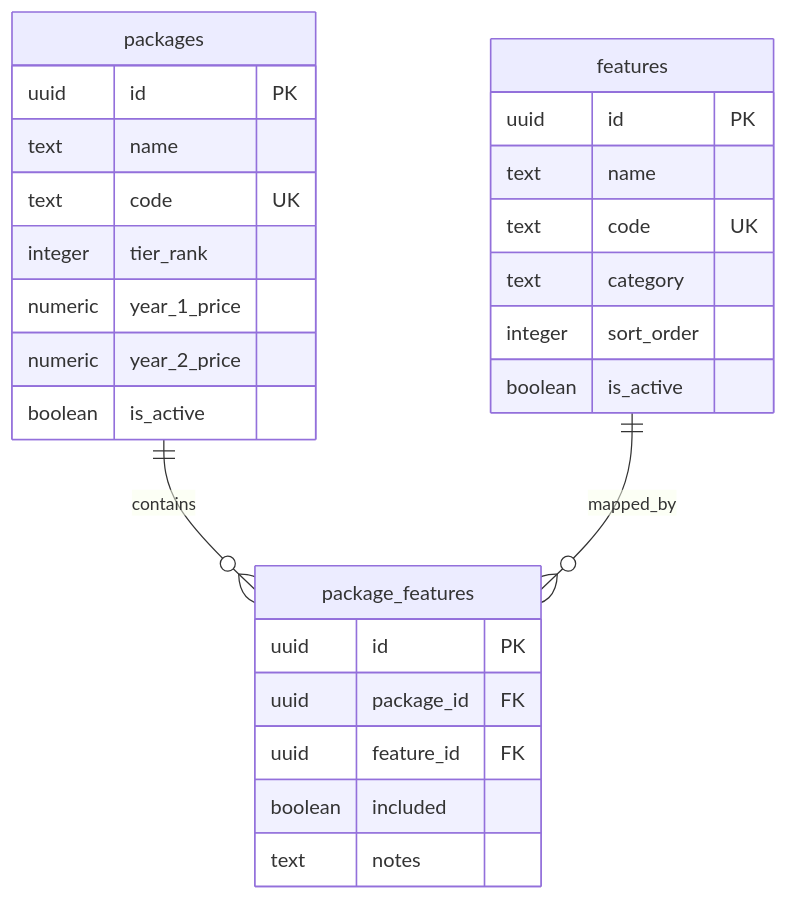
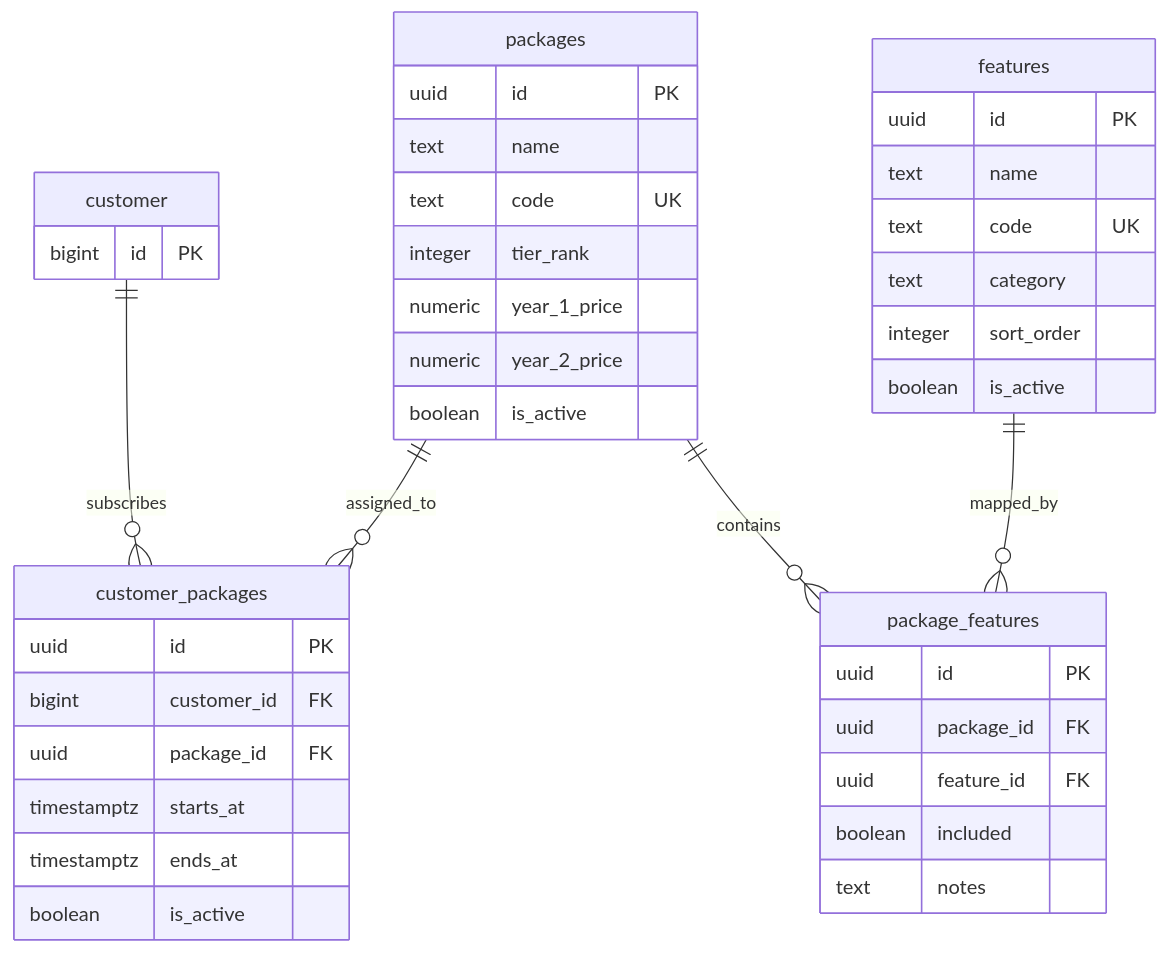
Before and after one commit to FridgeChannels/DTC-Dashboard-2: the diagram in docs/packages_features 数据库字典.md, drawn with Mermaid. The commit also changed other lines of this file and 1 other file, not shown here.

````diff
--- a/docs/packages_features 数据库字典.md
+++ b/docs/packages_features 数据库字典.md
@@ -111,32 +153,47 @@
 ```mermaid
 erDiagram
+  customer ||--o{ customer_packages : subscribes
+  packages ||--o{ customer_packages : assigned_to
   packages ||--o{ package_features : contains
   features ||--o{ package_features : mapped_by
+
+  customer {
+    bigint id PK
+  }
 
   packages {
     uuid id PK
     text name
     text code UK
     integer tier_rank
     numeric year_1_price
     numeric year_2_price
     boolean is_active
   }
 
   features {
     uuid id PK
     text name
     text code UK
     text category
     integer sort_order
     boolean is_active
   }
 
   package_features {
     uuid id PK
     uuid package_id FK
     uuid feature_id FK
     boolean included
     text notes
   }
+
+  customer_packages {
+    uuid id PK
+    bigint customer_id FK
+    uuid package_id FK
+    timestamptz starts_at
+    timestamptz ends_at
+    boolean is_active
+  }
 ```
````
